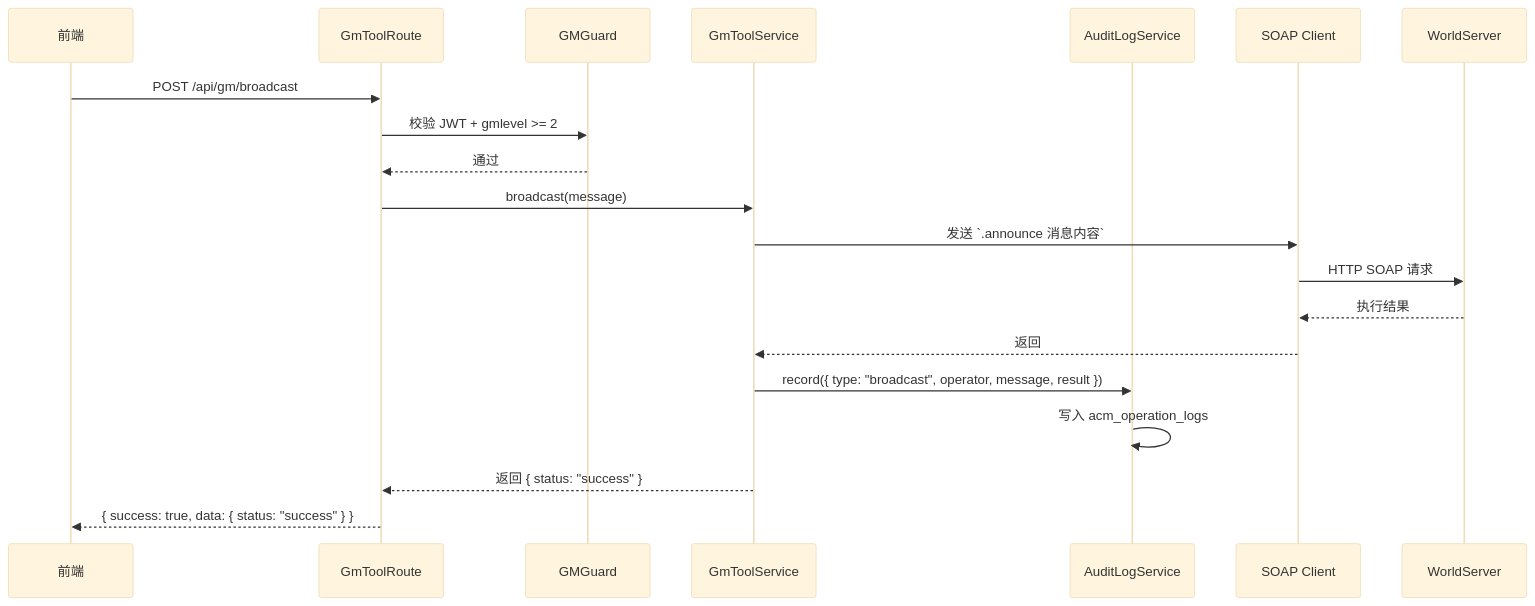
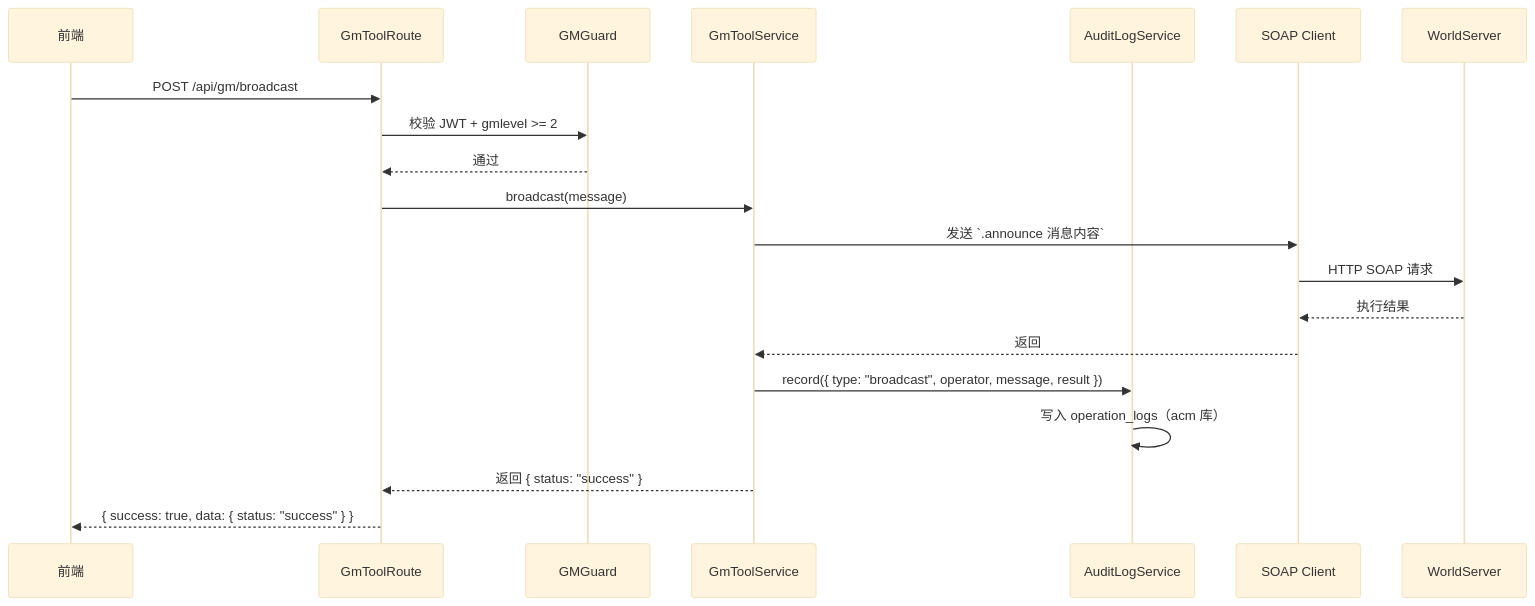
The second of 4 diagrams in docs/arch/02后端架构.md (domonic18/acore-manager), drawn with Mermaid (base theme) before and after one commit. The commit also changed other lines of this file and 4 other files, not shown here.

````diff
--- a/docs/arch/02后端架构.md
+++ b/docs/arch/02后端架构.md
@@ -304,26 +387,26 @@
 ```mermaid
 sequenceDiagram
     participant Client as 前端
     participant Route as GmToolRoute
     participant Guard as GMGuard
     participant Svc as GmToolService
     participant Audit as AuditLogService
     participant SOAP as SOAP Client
     participant WS as WorldServer
 
     Client->>Route: POST /api/gm/broadcast
     Route->>Guard: 校验 JWT + gmlevel >= 2
     Guard-->>Route: 通过
 
     Route->>Svc: broadcast(message)
     Svc->>SOAP: 发送 `.announce 消息内容`
     SOAP->>WS: HTTP SOAP 请求
     WS-->>SOAP: 执行结果
     SOAP-->>Svc: 返回
 
     Svc->>Audit: record({ type: "broadcast", operator, message, result })
-    Audit->>Audit: 写入 acm_operation_logs
+    Audit->>Audit: 写入 operation_logs（acm 库）
 
     Svc-->>Route: 返回 { status: "success" }
     Route-->>Client: { success: true, data: { status: "success" } }
 ```
````
